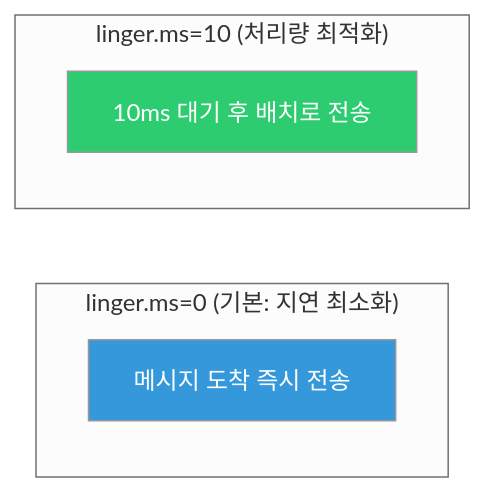
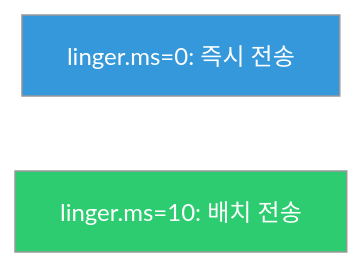
The second of 4 diagrams in _posts/kafka/2026-05-01-kafka-producer-deep.md (yjkim2015/yjkim2015.github.io), drawn with Mermaid (neutral theme) before and after one commit. The commit also changed 155 other files, not shown here.

First line of the commit message:
Mermaid 전면 수정: subgraph 제거, participant/노드/줄수 축소 (342블록)

````diff
--- a/_posts/kafka/2026-05-01-kafka-producer-deep.md
+++ b/_posts/kafka/2026-05-01-kafka-producer-deep.md
@@ -82,11 +82,7 @@
 ```mermaid
 graph LR
-    subgraph "linger.ms=0 (기본: 지연 최소화)"
-        L0["메시지 도착 즉시 전송"]
-    end
-    subgraph "linger.ms=10 (처리량 최적화)"
-        L10["10ms 대기 후 배치로 전송"]
-    end
+    L0["linger.ms=0: 즉시 전송"]
+    L10["linger.ms=10: 배치 전송"]
     style L0 fill:#3498db,color:#fff
     style L10 fill:#2ecc71,color:#fff
 ```
````
